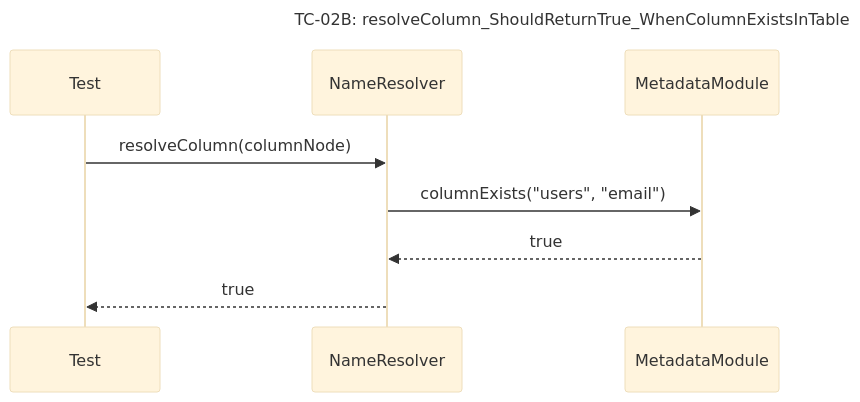
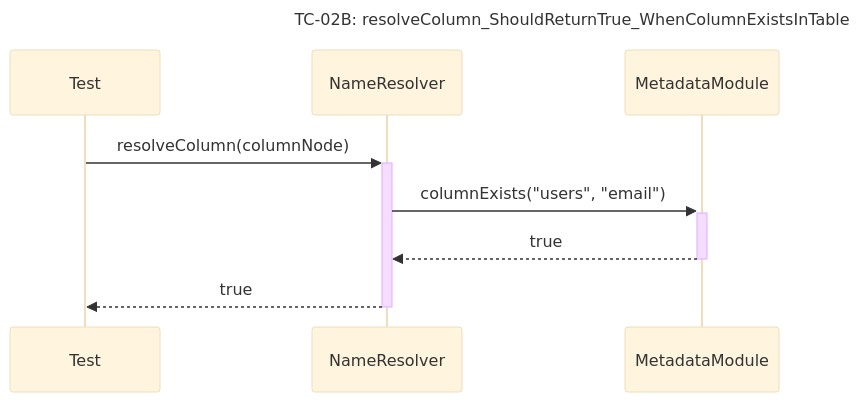
The eighth of 30 diagrams in docs/unit_test/query_prossor/SequeceTestCase.md (Dikhang1112/Database_Management_BBV), drawn with Mermaid (base theme) before and after one commit. The commit also changed other lines of this file and 12 other files, not shown here.

Commit message:
Refactor sequece diagram

````diff
--- a/docs/unit_test/query_prossor/SequeceTestCase.md
+++ b/docs/unit_test/query_prossor/SequeceTestCase.md
@@ -123,12 +124,12 @@
 ```mermaid
 sequenceDiagram
     title TC-02B: resolveColumn_ShouldReturnTrue_WhenColumnExistsInTable
     participant Test
     participant NameResolver
     participant MetadataModule
 
-    Test->>NameResolver: resolveColumn(columnNode)
-    NameResolver->>MetadataModule: columnExists("users", "email")
-    MetadataModule-->>NameResolver: true
-    NameResolver-->>Test: true
+    Test->>+NameResolver: resolveColumn(columnNode)
+    NameResolver->>+MetadataModule: columnExists("users", "email")
+    MetadataModule-->>-NameResolver: true
+    NameResolver-->>-Test: true
 ```
````
